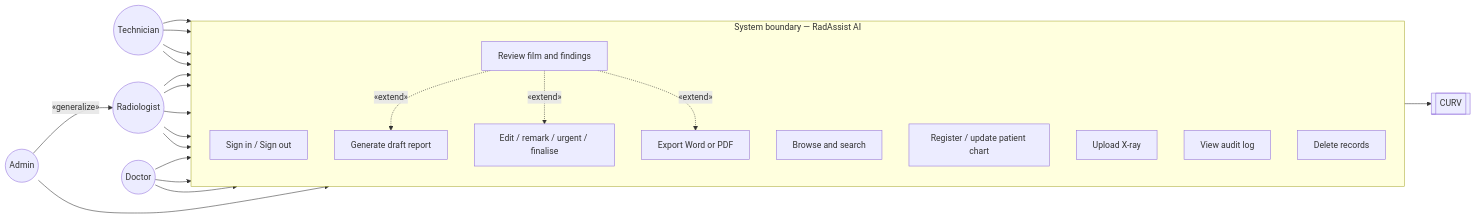
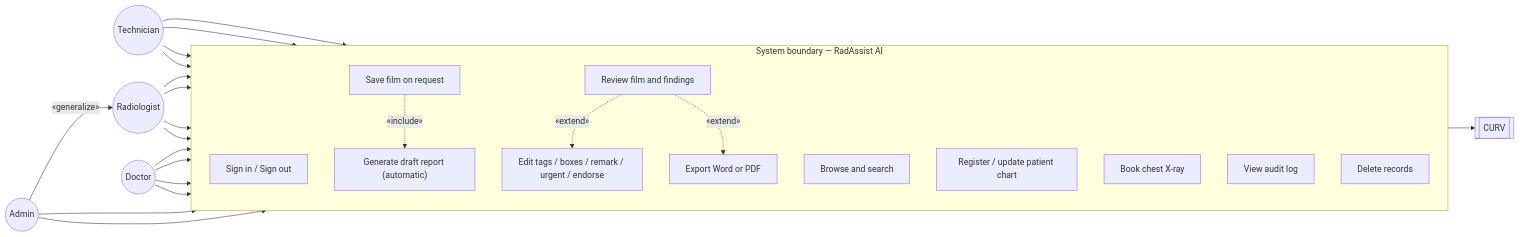
One commit to 23226609/Radassist changed the first of 7 diagrams in docs/fyp-project-plan-and-initial-analysis.md. Above: the diagram before and after it, drawn with Mermaid. The commit also changed other lines of this file and 32 other files, not shown here.

````diff
--- a/docs/fyp-project-plan-and-initial-analysis.md
+++ b/docs/fyp-project-plan-and-initial-analysis.md
@@ -315,48 +322,50 @@
 ```mermaid
 flowchart LR
   Tech((Technician))
   Rad((Radiologist))
   Doc((Doctor))
   Admin((Admin))
 
   Admin -->|«generalize»| Rad
 
   subgraph SYS["System boundary — RadAssist AI"]
     direction TB
     UC_session["Sign in / Sign out"]
     UC_browse["Browse and search"]
     UC_review["Review film and findings"]
     UC_patient["Register / update patient chart"]
-    UC_upload["Upload X-ray"]
-    UC_gen["Generate draft report"]
-    UC_edit["Edit / remark / urgent / finalise"]
+    UC_book["Book chest X-ray"]
+    UC_upload["Save film on request"]
+    UC_gen["Generate draft report (automatic)"]
+    UC_edit["Edit tags / boxes / remark / urgent / endorse"]
     UC_export["Export Word or PDF"]
     UC_audit["View audit log"]
     UC_delete["Delete records"]
 
-    UC_review -.->|«extend»| UC_gen
+    UC_upload -.->|«include»| UC_gen
     UC_review -.->|«extend»| UC_edit
     UC_review -.->|«extend»| UC_export
   end
 
   CURV[[CURV]]
 
   Tech --> UC_session
   Tech --> UC_browse
   Tech --> UC_patient
   Tech --> UC_upload
 
   Rad --> UC_session
   Rad --> UC_browse
   Rad --> UC_review
   Rad --> UC_patient
-  Rad --> UC_audit
 
   Doc --> UC_session
   Doc --> UC_browse
+  Doc --> UC_book
   Doc --> UC_review
 
+  Admin --> UC_audit
   Admin --> UC_delete
 
   UC_gen --> CURV
 ```
````
